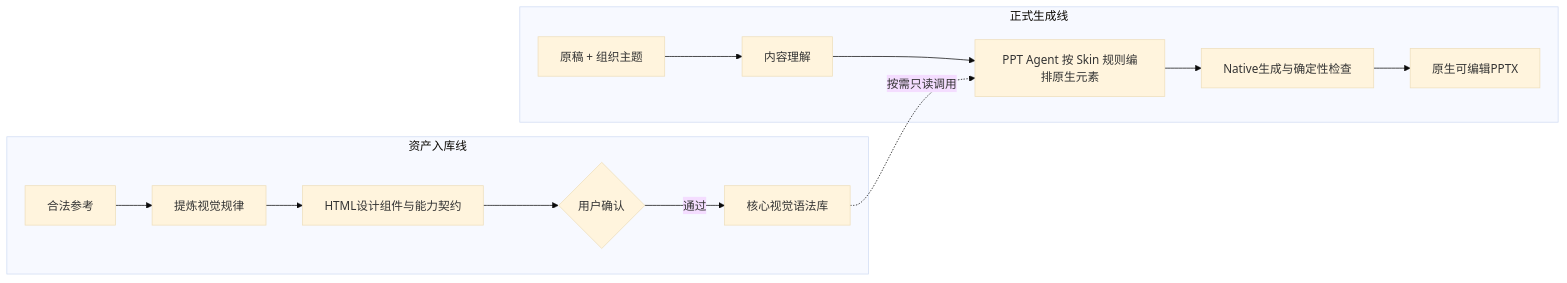
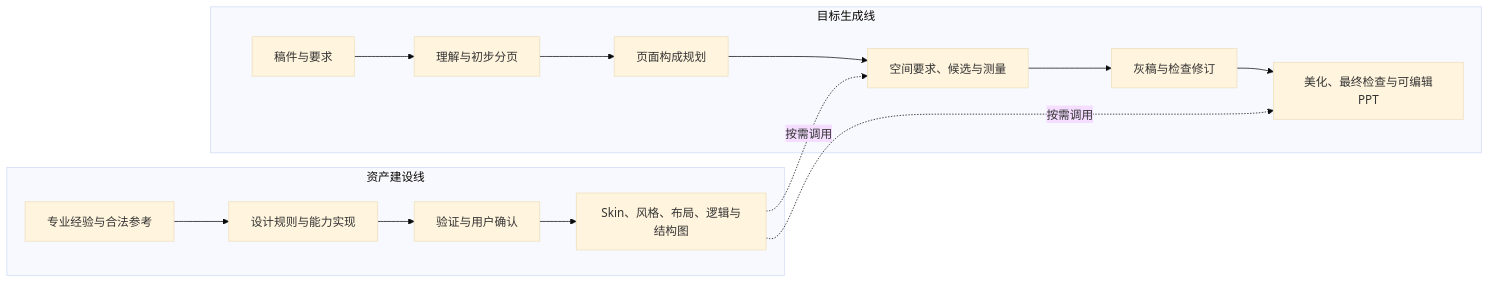
The diagram in docs/产品叙事.md (NEUwpy/PPagenT), drawn with Mermaid (base theme) before and after one commit. The commit also changed other lines of this file and 44 other files, not shown here.

````diff
--- a/docs/产品叙事.md
+++ b/docs/产品叙事.md
@@ -69,16 +63,17 @@
 ```mermaid
 flowchart LR
-    subgraph I["资产入库线"]
-        A["合法参考"] --> B["提炼视觉规律"]
-        B --> C["HTML设计组件与能力契约"]
-        C --> D{"用户确认"}
-        D -->|通过| E["核心视觉语法库"]
+    subgraph I[资产建设线]
+        A[专业经验与合法参考] --> B[设计规则与能力实现]
+        B --> C[验证与用户确认]
+        C --> D[Skin、风格、布局、逻辑与结构图]
     end
-    subgraph R["正式生成线"]
-        F["原稿 + 组织主题"] --> G["内容理解"]
-        G --> H["PPT Agent 按 Skin 规则编排原生元素"]
-        E -."按需只读调用".-> H
-        H --> J["Native生成与确定性检查"]
-        J --> K["原生可编辑PPTX"]
+    subgraph R[目标生成线]
+        E[稿件与要求] --> F[理解与初步分页]
+        F --> G[页面构成规划]
+        G --> H[空间要求、候选与测量]
+        H --> J[灰稿与检查修订]
+        J --> K[美化、最终检查与可编辑PPT]
+        D -.按需调用.-> H
+        D -.按需调用.-> K
     end
 ```
````
